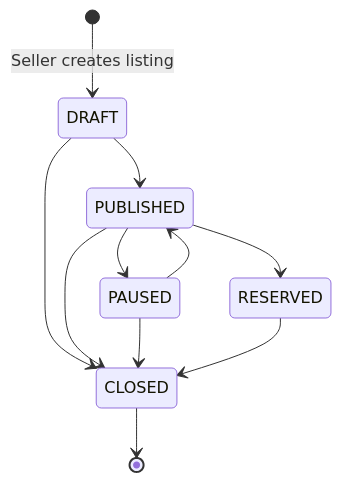
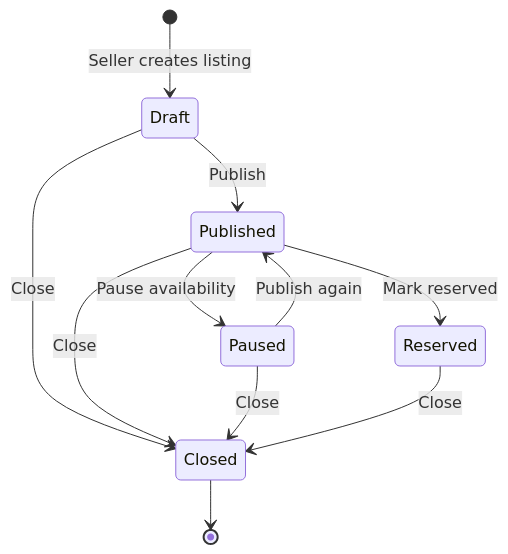
The fourth of 12 diagrams in docs/workflows.md (younessFathi/auto-parto), drawn with Mermaid before and after one commit. The commit also changed other lines of this file and 2 other files, not shown here.

Commit message:
docs: lead with functional buyer and seller journeys

````diff
--- a/docs/workflows.md
+++ b/docs/workflows.md
@@ -238,13 +86,18 @@
 ```mermaid
 stateDiagram-v2
-    [*] --> DRAFT: Seller creates listing
-    DRAFT --> PUBLISHED
-    DRAFT --> CLOSED
-    PUBLISHED --> PAUSED
-    PUBLISHED --> RESERVED
-    PUBLISHED --> CLOSED
-    PAUSED --> PUBLISHED
-    PAUSED --> CLOSED
-    RESERVED --> CLOSED
-    CLOSED --> [*]
+    state "Draft" as Draft
+    state "Published" as Published
+    state "Paused" as Paused
+    state "Reserved" as Reserved
+    state "Closed" as Closed
+    [*] --> Draft: Seller creates listing
+    Draft --> Published: Publish
+    Draft --> Closed: Close
+    Published --> Paused: Pause availability
+    Paused --> Published: Publish again
+    Published --> Reserved: Mark reserved
+    Published --> Closed: Close
+    Paused --> Closed: Close
+    Reserved --> Closed: Close
+    Closed --> [*]
 ```
````
